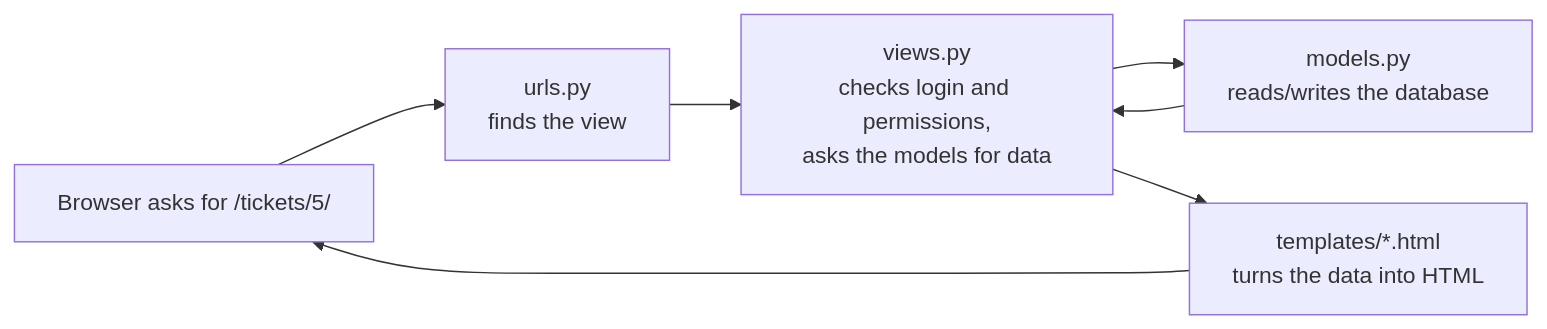
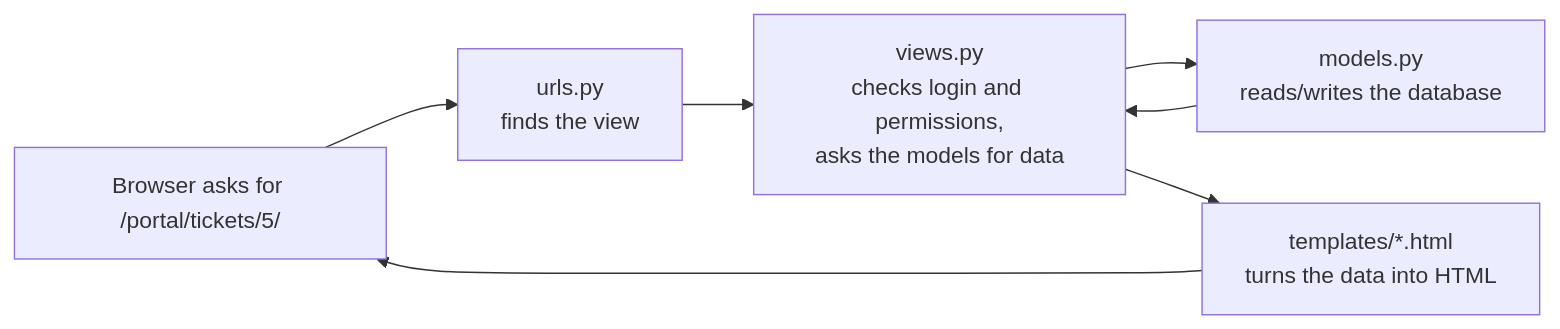
The first of 2 diagrams in docs/GUIDE.md (ManojFam/helpdesk-ticket-tracker), drawn with Mermaid before and after one commit. The commit also changed other lines of this file and 8 other files, not shown here.

````diff
--- a/docs/GUIDE.md
+++ b/docs/GUIDE.md
@@ -103,9 +111,9 @@
 ```mermaid
 flowchart LR
-    B[Browser asks for /tickets/5/] --> U[urls.py<br/>finds the view]
+    B[Browser asks for /portal/tickets/5/] --> U[urls.py<br/>finds the view]
     U --> V[views.py<br/>checks login and permissions,<br/>asks the models for data]
     V --> M[models.py<br/>reads/writes the database]
     M --> V
     V --> T[templates/*.html<br/>turns the data into HTML]
     T --> B
 ```
````
